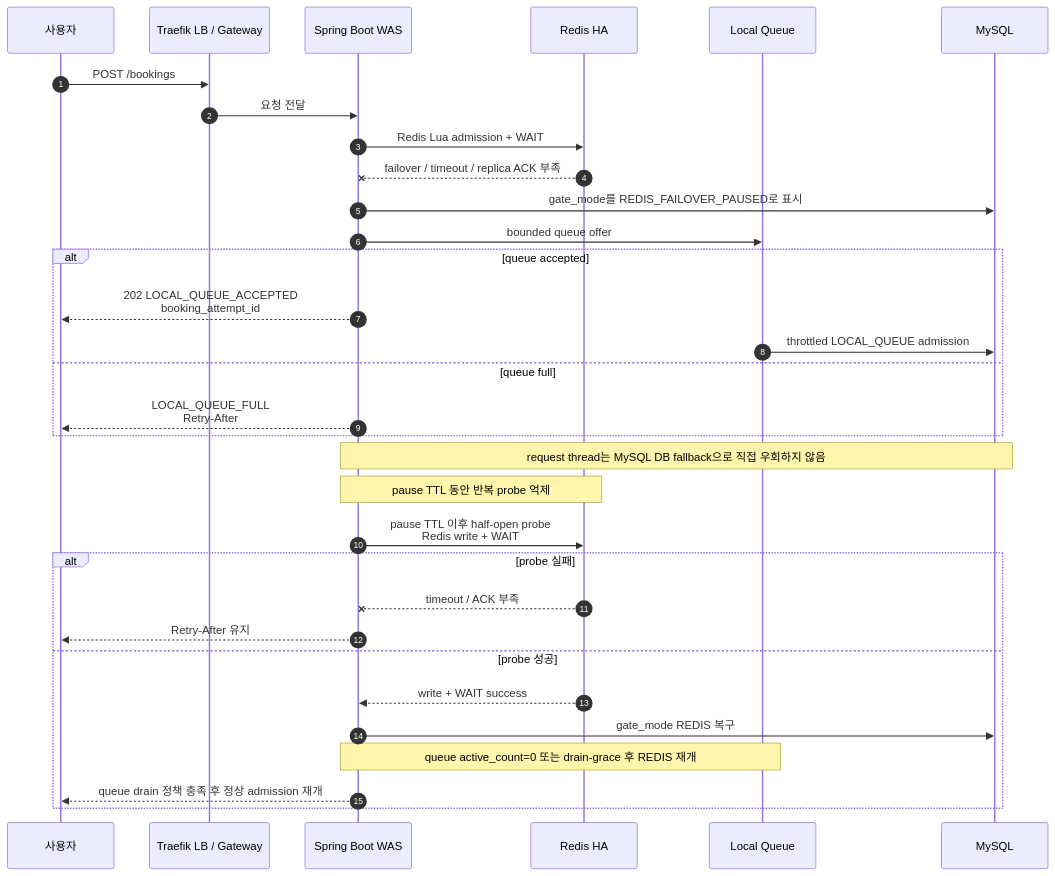
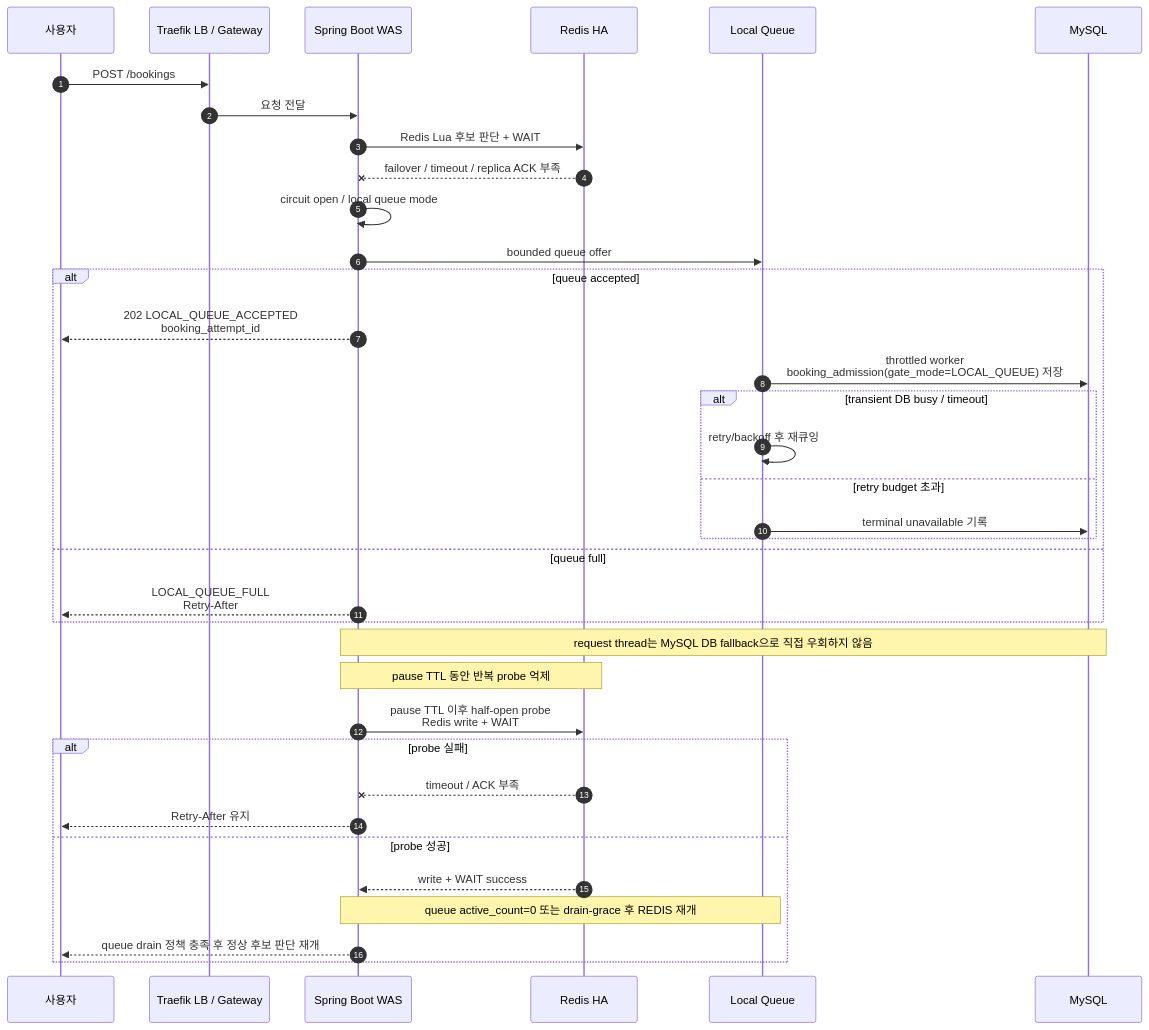
Before and after one commit to lsh1215/peak-booking-system: the fourth of 6 diagrams in docs/system-design/booking-user-flow-mermaid.md, drawn with Mermaid. The commit also changed other lines of this file and 1 other file, not shown here.

First line of the commit message:
docs: update SDD and booking flow

````diff
--- a/docs/system-design/booking-user-flow-mermaid.md
+++ b/docs/system-design/booking-user-flow-mermaid.md
@@ -140,39 +142,43 @@
 ```mermaid
 sequenceDiagram
     autonumber
     participant U as 사용자
     participant T as Traefik LB / Gateway
     participant A as Spring Boot WAS
     participant R as Redis HA
     participant Q as Local Queue
     participant D as MySQL
 
     U->>T: POST /bookings
     T->>A: 요청 전달
 
-    A->>R: Redis Lua admission + WAIT
+    A->>R: Redis Lua 후보 판단 + WAIT
     R--x A: failover / timeout / replica ACK 부족
 
-    A->>D: gate_mode를 REDIS_FAILOVER_PAUSED로 표시
+    A->>A: circuit open / local queue mode
     A->>Q: bounded queue offer
     alt queue accepted
         A-->>U: 202 LOCAL_QUEUE_ACCEPTED<br/>booking_attempt_id
-        Q->>D: throttled LOCAL_QUEUE admission
+        Q->>D: throttled worker<br/>booking_admission(gate_mode=LOCAL_QUEUE) 저장
+        alt transient DB busy / timeout
+            Q->>Q: retry/backoff 후 재큐잉
+        else retry budget 초과
+            Q->>D: terminal unavailable 기록
+        end
     else queue full
         A-->>U: LOCAL_QUEUE_FULL<br/>Retry-After
     end
 
     Note over A,D: request thread는 MySQL DB fallback으로 직접 우회하지 않음
     Note over A,R: pause TTL 동안 반복 probe 억제
 
     A->>R: pause TTL 이후 half-open probe<br/>Redis write + WAIT
     alt probe 실패
         R--x A: timeout / ACK 부족
         A-->>U: Retry-After 유지
     else probe 성공
         R-->>A: write + WAIT success
-        A->>D: gate_mode REDIS 복구
         Note over A,Q: queue active_count=0 또는 drain-grace 후 REDIS 재개
-        A-->>U: queue drain 정책 충족 후 정상 admission 재개
+        A-->>U: queue drain 정책 충족 후 정상 후보 판단 재개
     end
 ```
````
